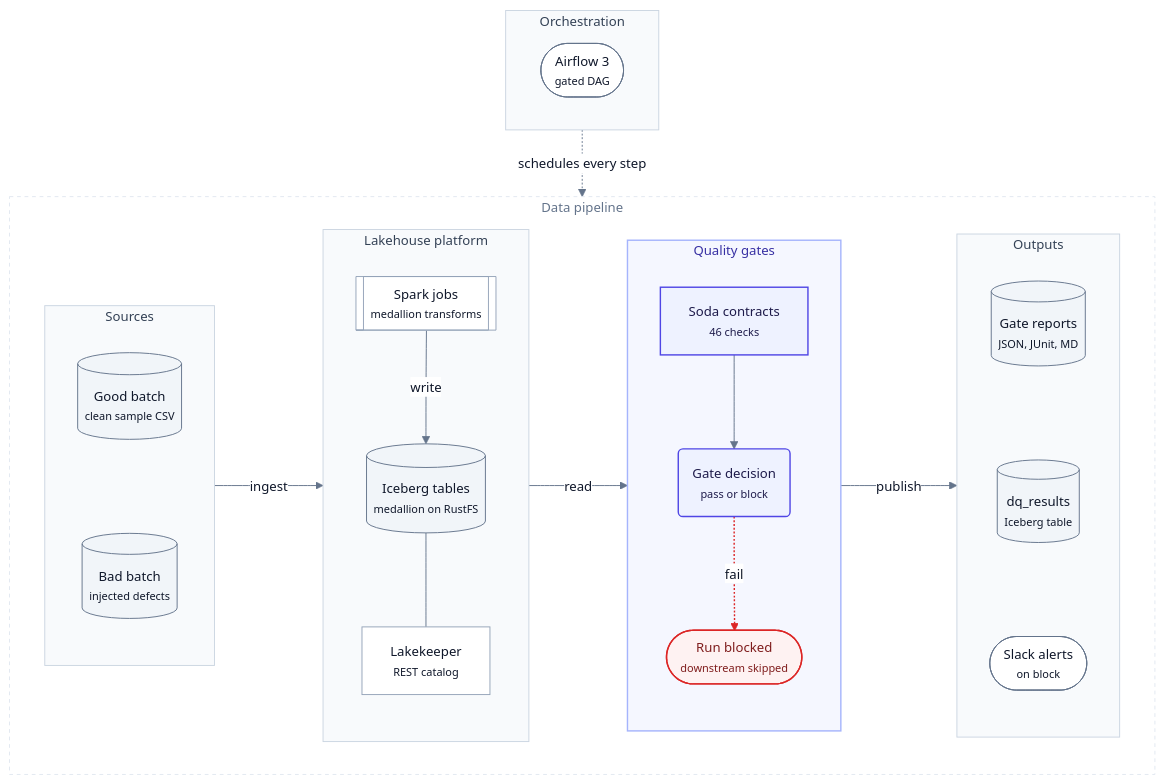
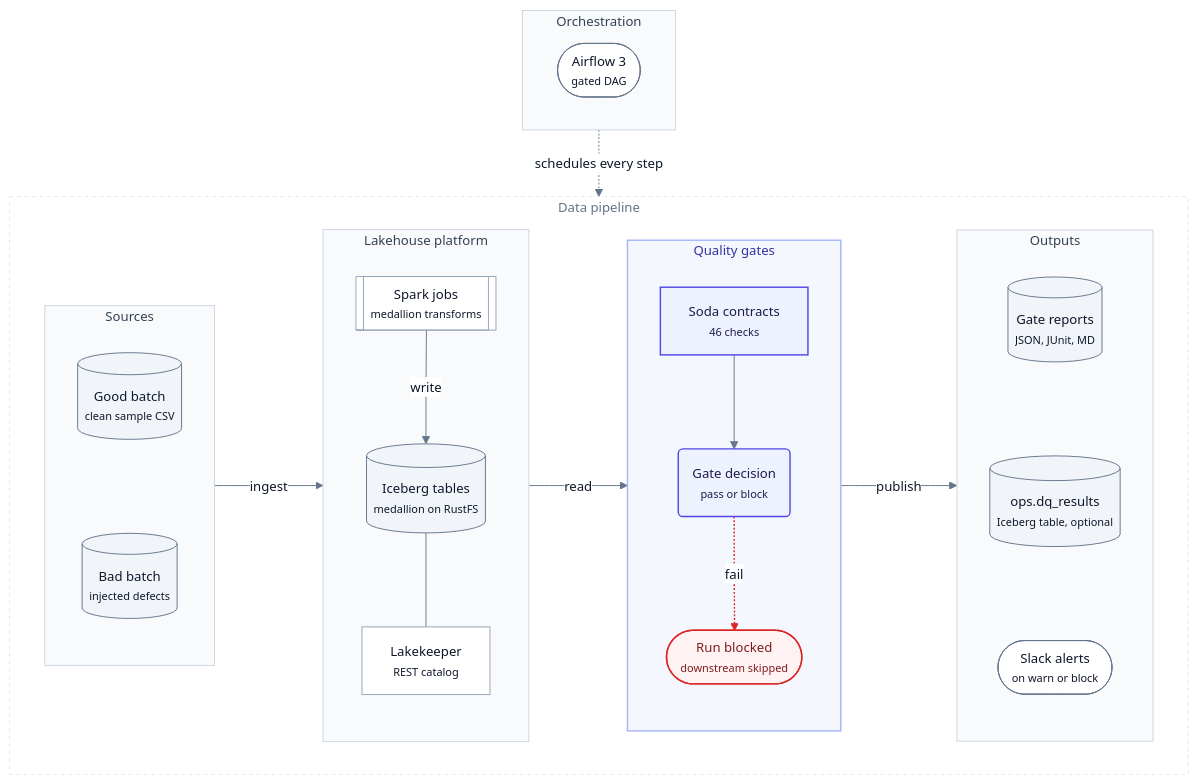
One commit to santoshshinde2012/lakehouse-quality-gates changed the diagram in docs/diagrams/system-architecture.mmd. Above: the diagram before and after it, drawn with Mermaid. The commit also changed 48 other files, not shown here.

```diff
--- a/docs/diagrams/system-architecture.mmd
+++ b/docs/diagrams/system-architecture.mmd
@@ -1,59 +1,59 @@
 %%{init: {'theme':'base','themeVariables':{'fontFamily':'Inter, system-ui, -apple-system, Segoe UI, Helvetica, Arial, sans-serif','fontSize':'14px','primaryColor':'#ffffff','primaryTextColor':'#0f172a','primaryBorderColor':'#94a3b8','secondaryColor':'#f8fafc','tertiaryColor':'#f8fafc','lineColor':'#64748b','textColor':'#0f172a','clusterBkg':'#f8fafc','clusterBorder':'#cbd5e1','titleColor':'#334155','edgeLabelBackground':'#ffffff','noteBkgColor':'#f8fafc','noteTextColor':'#0f172a','noteBorderColor':'#cbd5e1','actorBkg':'#ffffff','actorBorder':'#94a3b8','actorTextColor':'#0f172a','actorLineColor':'#94a3b8','signalColor':'#475569','signalTextColor':'#0f172a','labelBoxBkgColor':'#f8fafc','labelBoxBorderColor':'#94a3b8','labelTextColor':'#0f172a','loopTextColor':'#0f172a','activationBkgColor':'#eef2ff','activationBorderColor':'#4f46e5','sequenceNumberColor':'#ffffff','classText':'#0f172a','xyChart':{'backgroundColor':'#ffffff','plotColorPalette':'#4f46e5, #d97706, #0d9488','titleColor':'#0f172a','xAxisLabelColor':'#334155','yAxisLabelColor':'#334155','xAxisLineColor':'#94a3b8','yAxisLineColor':'#94a3b8'}}}}%%
 %% Title: System architecture
 %% Purpose: Where the quality gates sit between the lakehouse layers and what they produce
 %% Last updated: 2026-10-13
 %% Theme: docs/diagrams/THEME.md (shared init line above). Edit here, then run: make diagrams
 flowchart TB
   subgraph ORCH["Orchestration"]
     direction LR
     AF(["Airflow 3<br/><small>gated DAG</small>"]):::actor
   end
   subgraph FLOW["Data pipeline"]
     direction LR
     subgraph SRC["Sources"]
       direction TB
       CSV[("Good batch<br/><small>clean sample CSV</small>")]:::store
       BAD[("Bad batch<br/><small>injected defects</small>")]:::store
       CSV ~~~ BAD
     end
     subgraph LAKE["Lakehouse platform"]
       direction TB
       JOB[["Spark jobs<br/><small>medallion transforms</small>"]]:::node
       TBL[("Iceberg tables<br/><small>medallion on RustFS</small>")]:::store
       CAT["Lakekeeper<br/><small>REST catalog</small>"]:::node
       JOB -->|write| TBL
       TBL --- CAT
     end
     subgraph DQ["Quality gates"]
       direction TB
       SODA["Soda contracts<br/><small>46 checks</small>"]:::ours
       GATE("Gate decision<br/><small>pass or block</small>"):::ours
       BLK(["Run blocked<br/><small>downstream skipped</small>"]):::blocked
       SODA --> GATE
       GATE -. fail .-> BLK
     end
     subgraph OUT["Outputs"]
       direction TB
       REP[("Gate reports<br/><small>JSON, JUnit, MD</small>")]:::store
-      DQR[("dq_results<br/><small>Iceberg table</small>")]:::store
-      SLK(["Slack alerts<br/><small>on block</small>"]):::actor
+      DQR[("ops.dq_results<br/><small>Iceberg table, optional</small>")]:::store
+      SLK(["Slack alerts<br/><small>on warn or block</small>"]):::actor
       REP ~~~ DQR ~~~ SLK
     end
     SRC -->|ingest| LAKE
     LAKE -->|read| DQ
     DQ -->|publish| OUT
   end
   ORCH -. schedules every step .-> FLOW
   classDef node fill:#ffffff,stroke:#94a3b8,stroke-width:1px,color:#0f172a
   classDef store fill:#f1f5f9,stroke:#64748b,stroke-width:1px,color:#0f172a
   classDef ours fill:#eef2ff,stroke:#4f46e5,stroke-width:1.5px,color:#1e1b4b
   classDef actor fill:#ffffff,stroke:#64748b,stroke-width:1px,color:#0f172a
   classDef blocked fill:#fef2f2,stroke:#dc2626,stroke-width:1.5px,color:#7f1d1d
   classDef pass fill:#f0fdf4,stroke:#16a34a,stroke-width:1.5px,color:#14532d
   style ORCH fill:#f8fafc,stroke:#cbd5e1,stroke-width:1px,color:#334155
   style FLOW fill:#ffffff,stroke:#e2e8f0,stroke-width:1px,stroke-dasharray:4 4,color:#64748b
   style SRC fill:#f8fafc,stroke:#cbd5e1,stroke-width:1px,color:#334155
   style LAKE fill:#f8fafc,stroke:#cbd5e1,stroke-width:1px,color:#334155
   style DQ fill:#f5f7ff,stroke:#a5b4fc,stroke-width:1.5px,color:#3730a3
   style OUT fill:#f8fafc,stroke:#cbd5e1,stroke-width:1px,color:#334155
   linkStyle 4 stroke:#dc2626,stroke-width:1.5px
```
